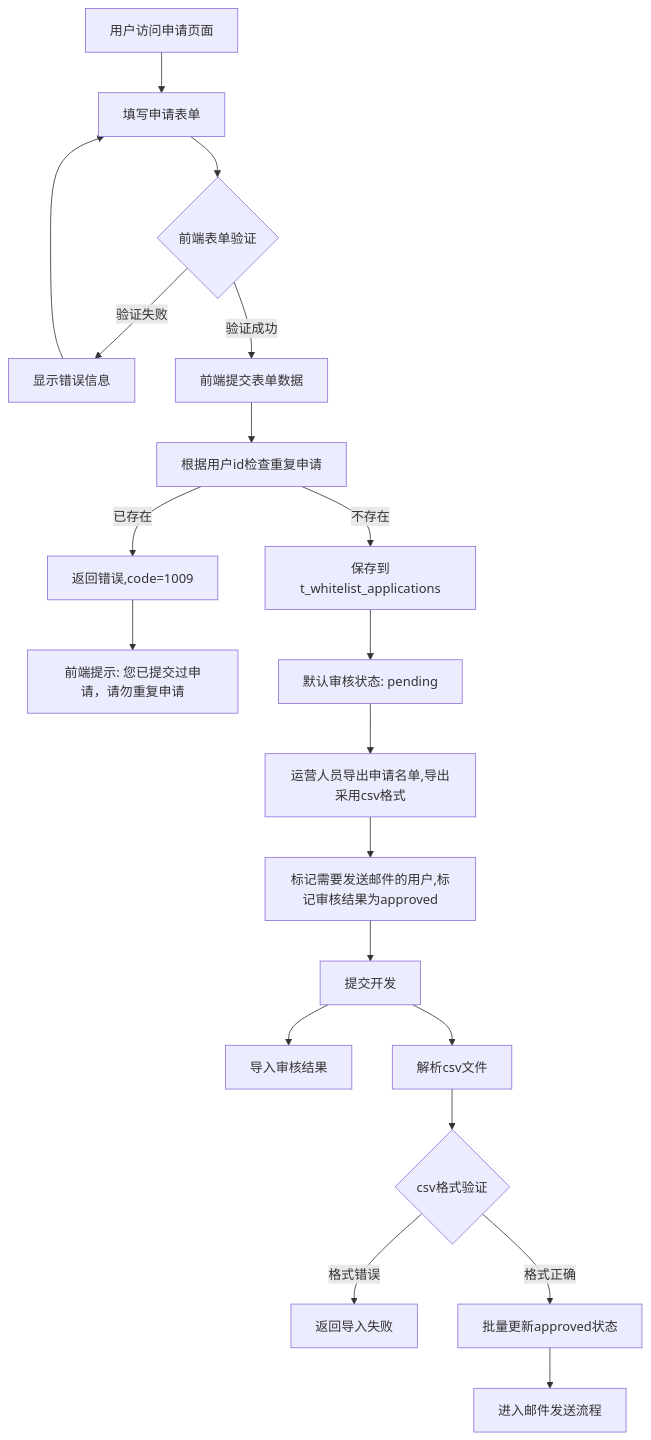
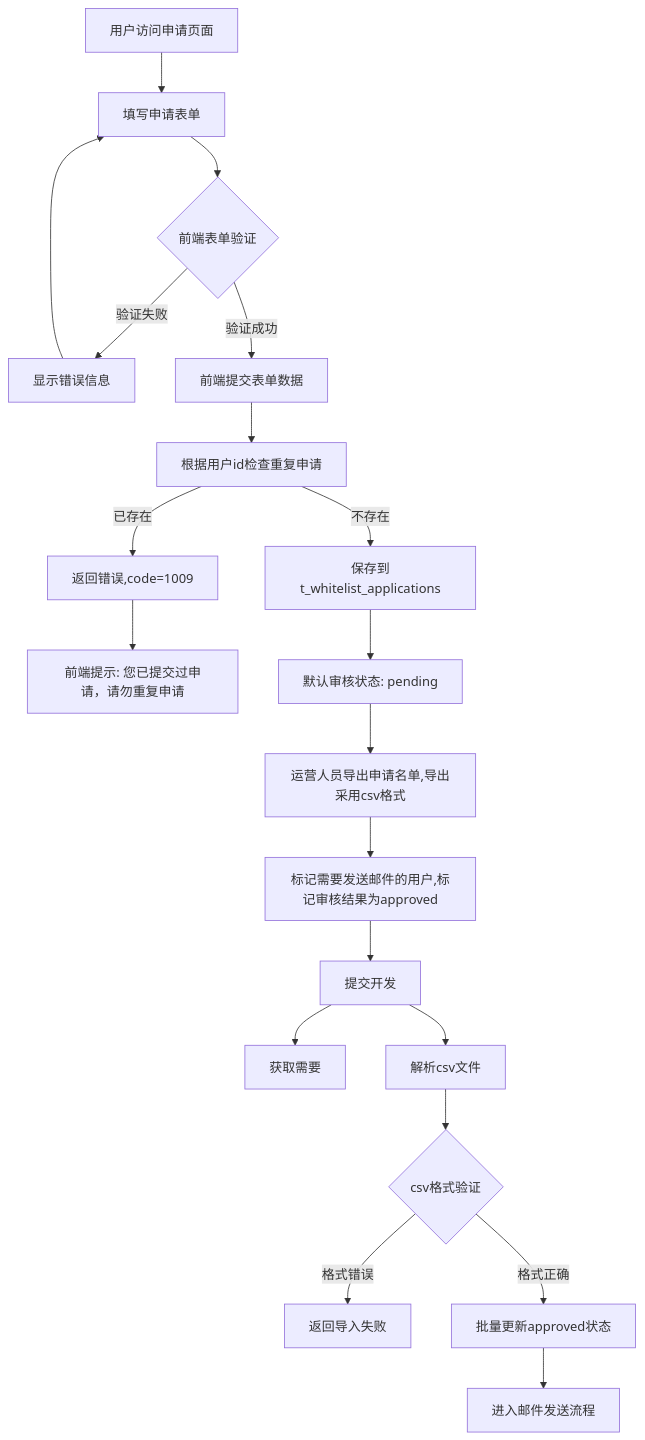
Before and after one commit to yingjianzh/iodraw-files: the diagram in all/未命名-76.md, drawn with Mermaid.

Commit message:
2025-07-08 09:51:40 update

````diff
--- a/all/未命名-76.md
+++ b/all/未命名-76.md
@@ -1,25 +1,25 @@
 ```mermaid
 
 flowchart TD
     A[用户访问申请页面] --> B[填写申请表单]
     B --> C{前端表单验证}
     C -->|验证失败| D[显示错误信息]
     D --> B
     C -->|验证成功| E[前端提交表单数据]
     E --> F[根据用户id检查重复申请]
     F -->|已存在| G[返回错误,code=1009]
     G --> H[前端提示: 您已提交过申请，请勿重复申请]
     F -->|不存在| I[保存到t_whitelist_applications]
     I --> K[默认审核状态: pending]
     
     K --> P[运营人员导出申请名单,导出采用csv格式]
     P --> S[标记需要发送邮件的用户,标记审核结果为approved]
     S --> T[提交开发]
-    T --> T1[导入审核结果]
+    T --> T1[获取需要]
     T --> T2[解析csv文件]
     T2 --> T3{csv格式验证}
     T3 -->|格式错误| T4[返回导入失败]
     T3 -->|格式正确| U[批量更新approved状态]
     U --> V[进入邮件发送流程]
 
 ```
````
